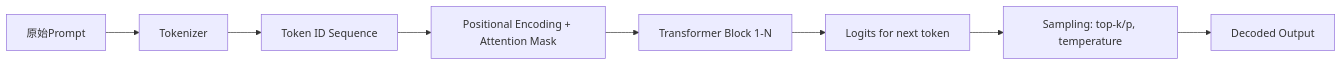
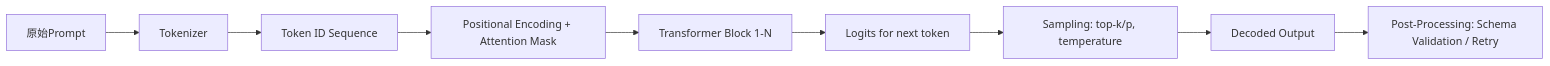
Before and after one commit to liuwei1993/ai-llm-agent-knowledge: the diagram in 11-提示词工程/提示词设计原则.md, drawn with Mermaid. The commit also changed other lines of this file and 1 other file, not shown here.

````diff
--- a/11-提示词工程/提示词设计原则.md
+++ b/11-提示词工程/提示词设计原则.md
@@ -37,10 +54,11 @@
 ```mermaid
 graph LR
 A[原始Prompt] --> B[Tokenizer]
 B --> C[Token ID Sequence]
 C --> D[Positional Encoding + Attention Mask]
 D --> E[Transformer Block 1-N]
 E --> F[Logits for next token]
 F --> G[Sampling: top-k/p, temperature]
 G --> H[Decoded Output]
+H --> I[Post-Processing: Schema Validation / Retry]
 ```
````
